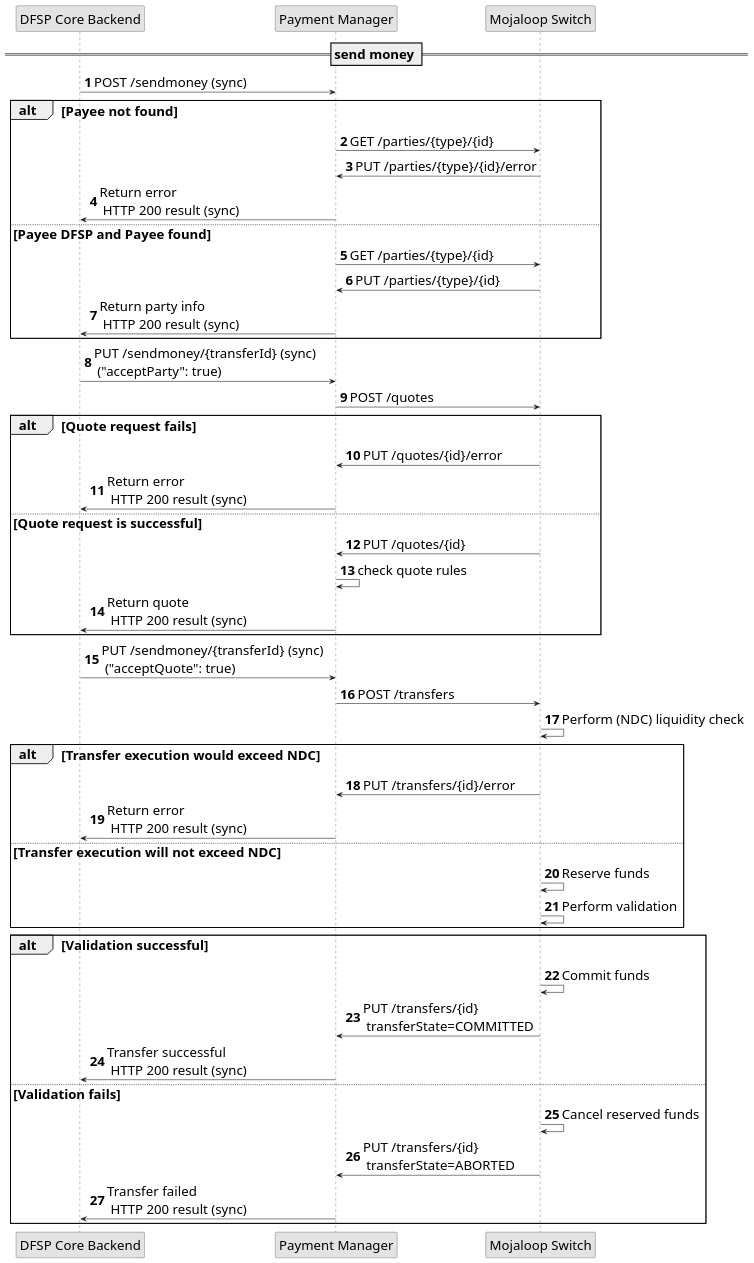
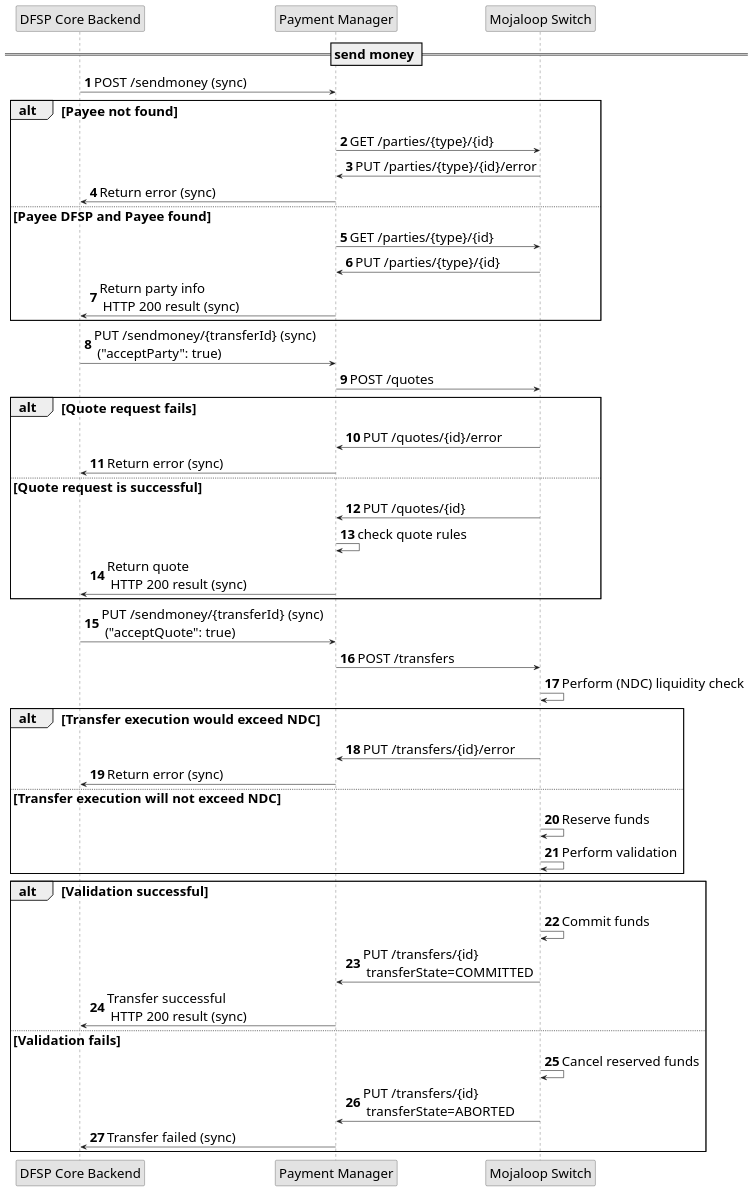
One commit to pm4ml/documents changed the diagram in modules/api_integration/images/PM4ML_transfer_flow_payer_multistage.plantuml. Above: the diagram before and after it, drawn with PlantUML. The commit also changed 9 other files, not shown here.

```diff
--- a/modules/api_integration/images/PM4ML_transfer_flow_payer_multistage.plantuml
+++ b/modules/api_integration/images/PM4ML_transfer_flow_payer_multistage.plantuml
@@ -1,60 +1,60 @@
 @startuml
 
 autonumber
 skinparam activityFontSize 4
 skinparam activityDiamondFontSize 30
 skinparam activityArrowFontSize 24
 skinparam defaultFontSize 24
 skinparam noteFontSize 24
 skinparam monochrome true
 
 participant "DFSP Core Backend" as backend
 
 participant "Payment Manager" as sob
 
 participant "Mojaloop Switch" as sw
 
 
 == send money ==
 
     backend -> sob: POST /sendmoney (sync)
     alt Payee not found
     sob -> sw: GET /parties/{type}/{id}
     sw -> sob: PUT /parties/{type}/{id}/error
-    sob -> backend: Return error \n HTTP 200 result (sync)    
+    sob -> backend: Return error (sync)    
     else Payee DFSP and Payee found
     sob -> sw: GET /parties/{type}/{id}
     sw -> sob: PUT /parties/{type}/{id}
     sob -> backend: Return party info \n HTTP 200 result (sync) 
     end   
     backend -> sob: PUT /sendmoney/{transferId} (sync) \n ("acceptParty": true) 
     sob -> sw: POST /quotes
     alt Quote request fails
     sw -> sob: PUT /quotes/{id}/error
-    sob -> backend: Return error \n HTTP 200 result (sync)
+    sob -> backend: Return error (sync)
     else Quote request is successful
     sw -> sob: PUT /quotes/{id}
     sob -> sob: check quote rules
     sob -> backend: Return quote \n HTTP 200 result (sync)
     end
     backend -> sob: PUT /sendmoney/{transferId} (sync) \n ("acceptQuote": true)
     sob -> sw: POST /transfers
     sw -> sw: Perform (NDC) liquidity check
     alt Transfer execution would exceed NDC
     sw -> sob: PUT /transfers/{id}/error
-    sob -> backend: Return error \n HTTP 200 result (sync)
+    sob -> backend: Return error (sync)
     else Transfer execution will not exceed NDC
     sw -> sw: Reserve funds
     sw -> sw: Perform validation
     end
     alt Validation successful
     sw -> sw: Commit funds
     sw -> sob: PUT /transfers/{id} \n transferState=COMMITTED
     sob -> backend: Transfer successful \n HTTP 200 result (sync)
     else Validation fails
     sw -> sw: Cancel reserved funds
     sw -> sob: PUT /transfers/{id} \n transferState=ABORTED
-    sob -> backend: Transfer failed \n HTTP 200 result (sync)
+    sob -> backend: Transfer failed (sync)
     end
 
 @enduml
```
